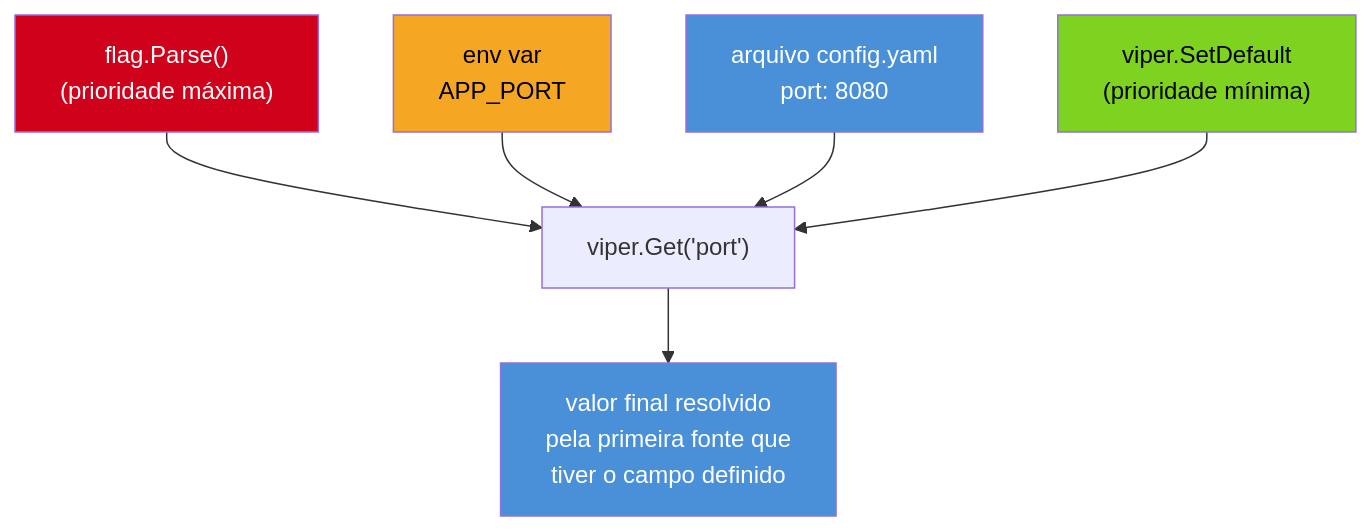
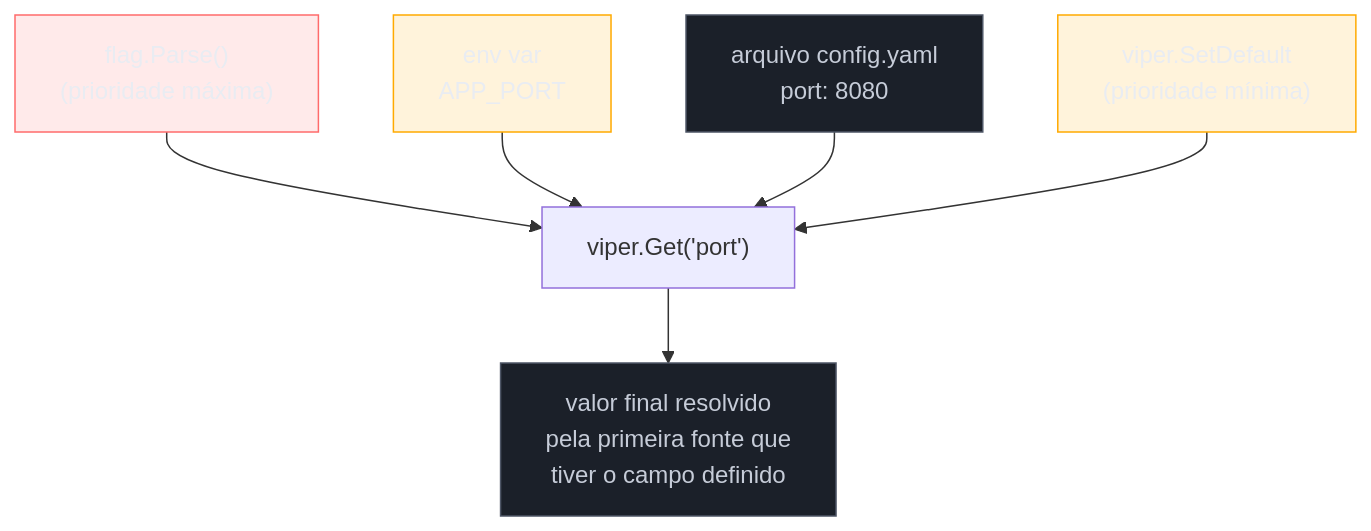
One commit to josenaldo/codex-technomanticus changed the second of 3 diagrams in 03-Dominios/Tecnologia/Go/14 - Microservices e arquitetura/04 - Configuração.md. Above: the diagram before and after it, drawn with Mermaid. The commit also changed other lines of this file and 1181 other files, not shown here.

First line of the commit message:
fix(diagramas): paleta do sistema no lugar de cor cravada no markdown

````diff
--- a/03-Dominios/Tecnologia/Go/14 - Microservices e arquitetura/04 - Configuração.md
+++ b/03-Dominios/Tecnologia/Go/14 - Microservices e arquitetura/04 - Configuração.md
@@ -146,15 +148,18 @@
 ```mermaid
 flowchart TB
+    classDef falha fill:#FF6B6B24,stroke:#FF6B6B,color:#E9ECF2
+    classDef destaque fill:#FFAA0024,stroke:#FFAA00,color:#E9ECF2
+    classDef neutro fill:#1B2029,stroke:#4E5666,color:#C6CCD8
     A["flag.Parse()\n(prioridade máxima)"] --> E["viper.Get('port')"]
     B["env var\nAPP_PORT"] --> E
     C["arquivo config.yaml\nport: 8080"] --> E
     D["viper.SetDefault\n(prioridade mínima)"] --> E
 
     E --> F["valor final resolvido\npela primeira fonte que\ntiver o campo definido"]
 
-    style A fill:#D0021B,color:#fff
-    style B fill:#F5A623,color:#000
-    style C fill:#4A90D9,color:#fff
-    style D fill:#7ED321,color:#000
-    style F fill:#4A90D9,color:#fff
+    class A falha
+    class B destaque
+    class C neutro
+    class D destaque
+    class F neutro
 ```
````
